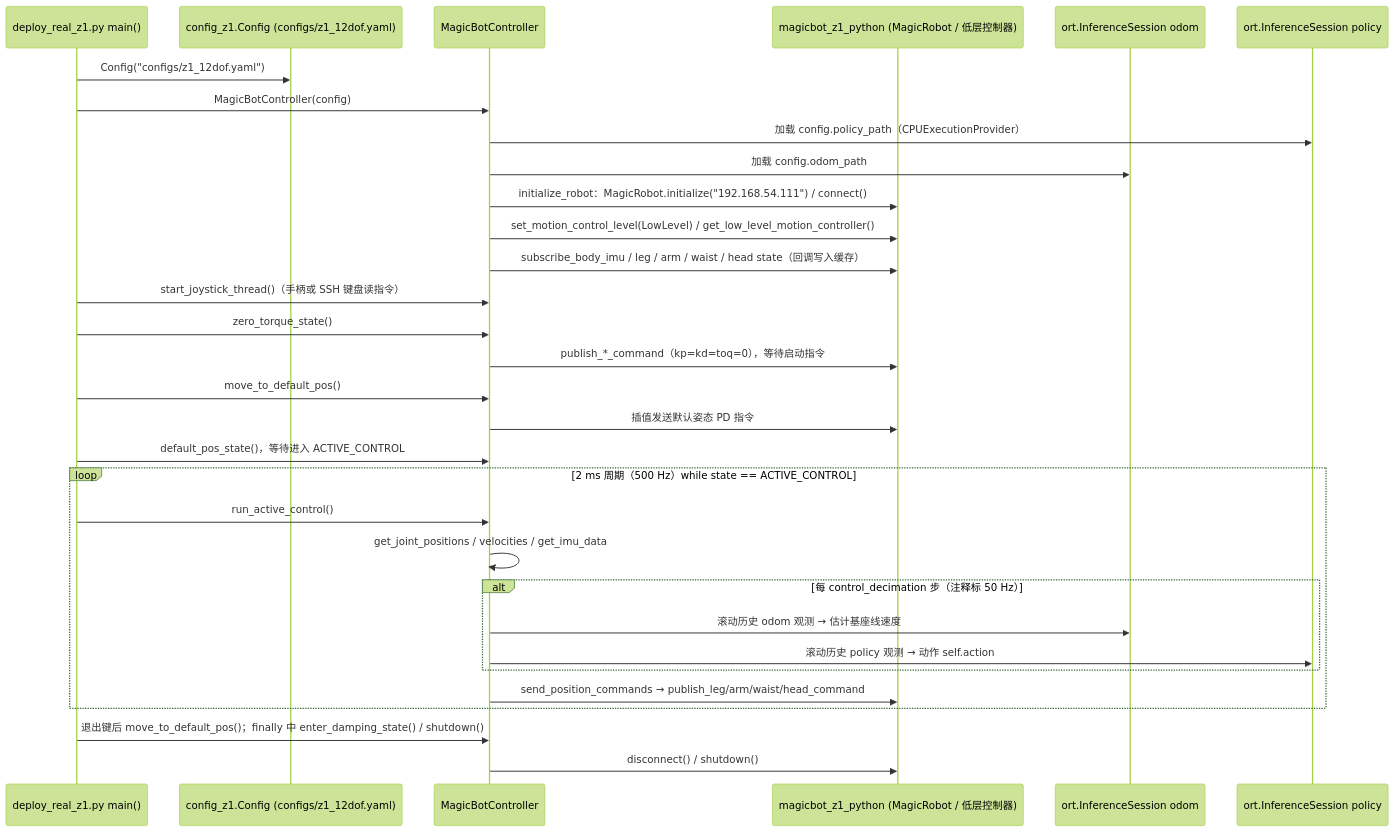
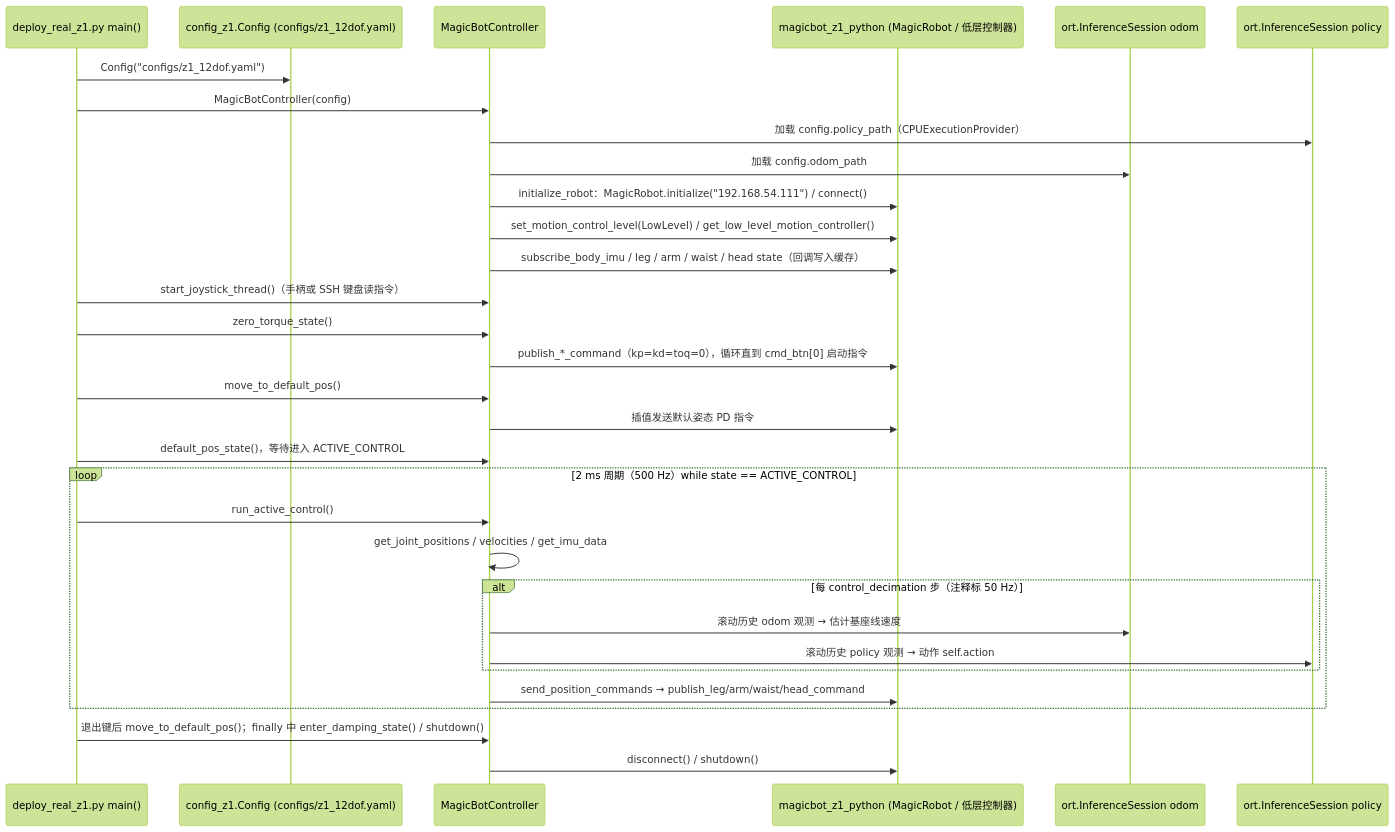
The diagram in wiki/entities/cn-os-magiclab-deploy.md (ImChong/Robotics_Notebooks), drawn with Mermaid (forest theme) before and after one commit. The commit also changed other lines of this file and 26 other files, not shown here.

First line of the commit message:
wiki: 项目实体页源码时序图（进行中）

````diff
--- a/wiki/entities/cn-os-magiclab-deploy.md
+++ b/wiki/entities/cn-os-magiclab-deploy.md
@@ -62,33 +62,33 @@
 ```mermaid
 sequenceDiagram
     participant M as deploy_real_z1.py main()
     participant Cfg as config_z1.Config (configs/z1_12dof.yaml)
     participant Ctl as MagicBotController
     participant SDK as magicbot_z1_python (MagicRobot / 低层控制器)
     participant ODE as ort.InferenceSession odom
     participant POL as ort.InferenceSession policy
     M->>Cfg: Config("configs/z1_12dof.yaml")
     M->>Ctl: MagicBotController(config)
     Ctl->>POL: 加载 config.policy_path（CPUExecutionProvider）
     Ctl->>ODE: 加载 config.odom_path
     Ctl->>SDK: initialize_robot：MagicRobot.initialize("192.168.54.111") / connect()
     Ctl->>SDK: set_motion_control_level(LowLevel) / get_low_level_motion_controller()
     Ctl->>SDK: subscribe_body_imu / leg / arm / waist / head state（回调写入缓存）
     M->>Ctl: start_joystick_thread()（手柄或 SSH 键盘读指令）
     M->>Ctl: zero_torque_state()
-    Ctl->>SDK: publish_*_command（kp=kd=toq=0），等待启动指令
+    Ctl->>SDK: publish_*_command（kp=kd=toq=0），循环直到 cmd_btn[0] 启动指令
     M->>Ctl: move_to_default_pos()
     Ctl->>SDK: 插值发送默认姿态 PD 指令
     M->>Ctl: default_pos_state()，等待进入 ACTIVE_CONTROL
     loop 2 ms 周期（500 Hz）while state == ACTIVE_CONTROL
         M->>Ctl: run_active_control()
         Ctl->>Ctl: get_joint_positions / velocities / get_imu_data
         alt 每 control_decimation 步（注释标 50 Hz）
             Ctl->>ODE: 滚动历史 odom 观测 → 估计基座线速度
             Ctl->>POL: 滚动历史 policy 观测 → 动作 self.action
         end
         Ctl->>SDK: send_position_commands → publish_leg/arm/waist/head_command
     end
     M->>Ctl: 退出键后 move_to_default_pos()；finally 中 enter_damping_state() / shutdown()
     Ctl->>SDK: disconnect() / shutdown()
 ```
````
